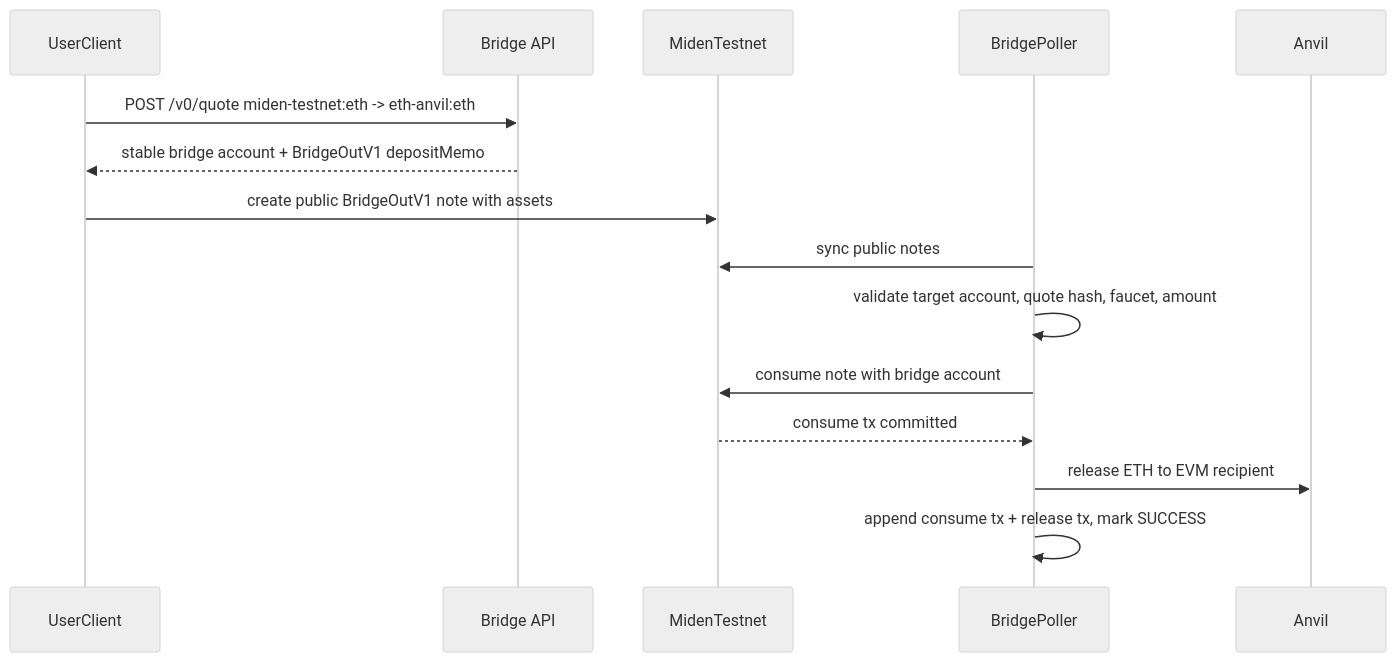
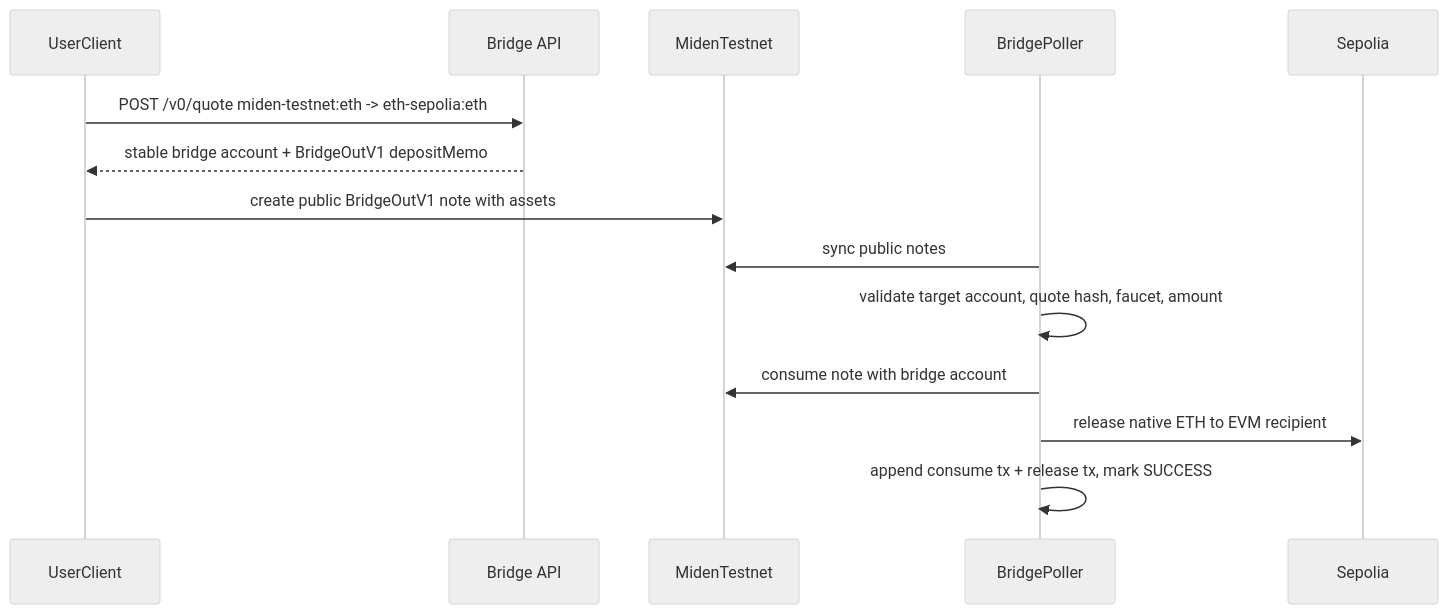
Before and after one commit to BrianSeong99/miden-testnet-bridge: the second of 4 diagrams in docs/E2E_HANDOFF.md, drawn with Mermaid (neutral theme). The commit also changed other lines of this file and 66 other files, not shown here.

First line of the commit message:
feat: ship Sepolia bridge lab baseline

````diff
--- a/docs/E2E_HANDOFF.md
+++ b/docs/E2E_HANDOFF.md
@@ -192,18 +123,17 @@
 ```mermaid
 sequenceDiagram
     participant UserClient
     participant BridgeAPI as Bridge API
     participant MidenTestnet
     participant BridgePoller
-    participant Anvil
+    participant Sepolia
 
-    UserClient->>BridgeAPI: POST /v0/quote miden-testnet:eth -> eth-anvil:eth
+    UserClient->>BridgeAPI: POST /v0/quote miden-testnet:eth -> eth-sepolia:eth
     BridgeAPI-->>UserClient: stable bridge account + BridgeOutV1 depositMemo
     UserClient->>MidenTestnet: create public BridgeOutV1 note with assets
     BridgePoller->>MidenTestnet: sync public notes
     BridgePoller->>BridgePoller: validate target account, quote hash, faucet, amount
     BridgePoller->>MidenTestnet: consume note with bridge account
-    MidenTestnet-->>BridgePoller: consume tx committed
-    BridgePoller->>Anvil: release ETH to EVM recipient
+    BridgePoller->>Sepolia: release native ETH to EVM recipient
     BridgePoller->>BridgePoller: append consume tx + release tx, mark SUCCESS
 ```
````
